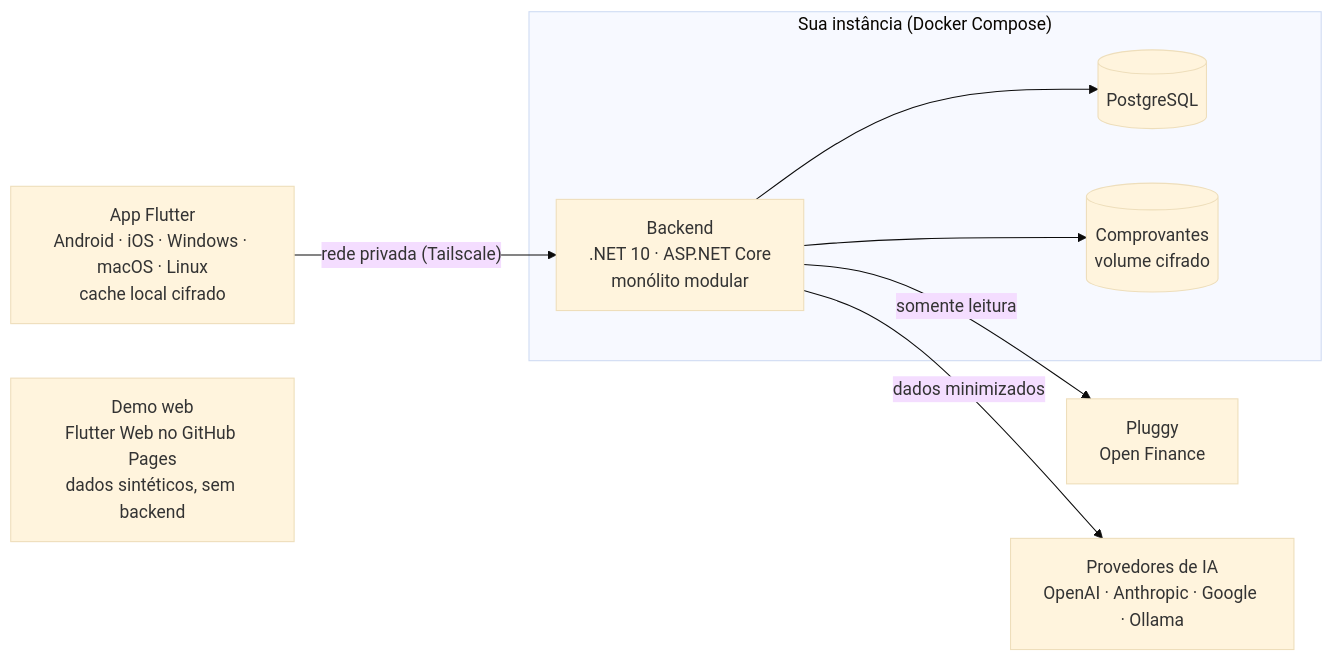
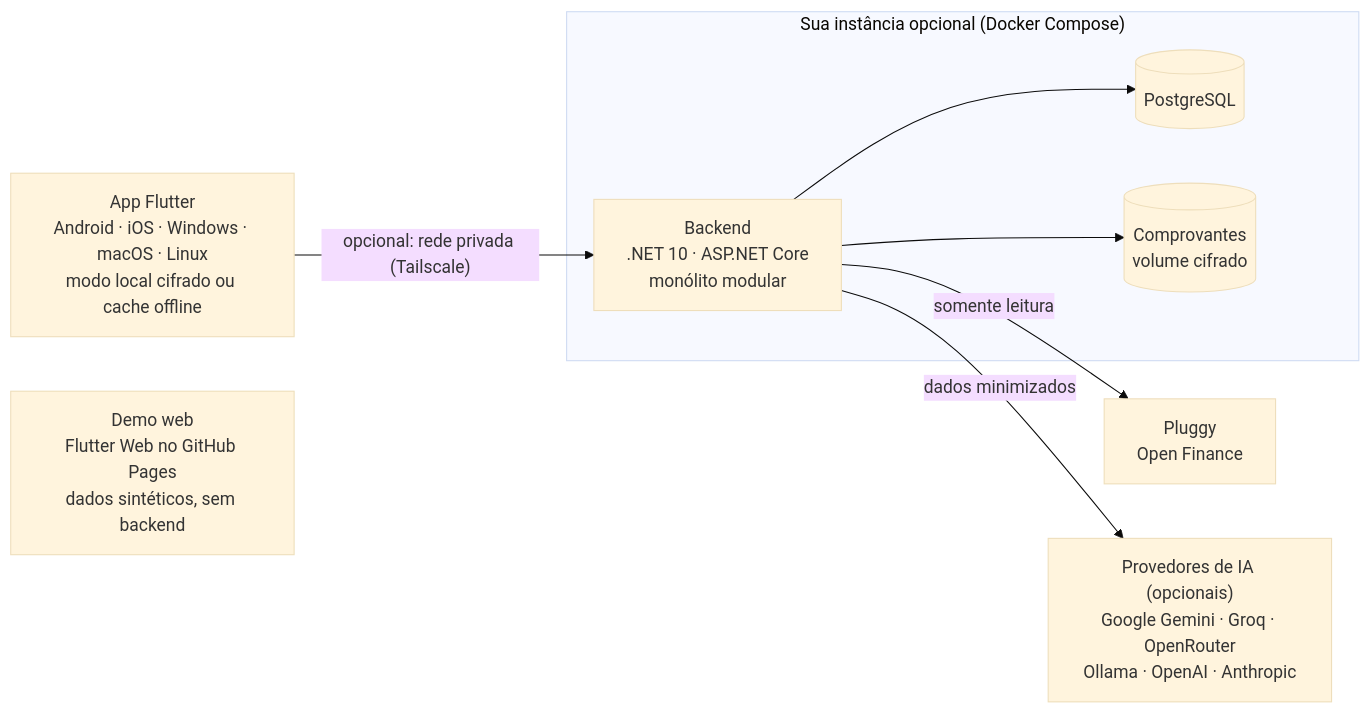
The diagram in README.md (igorgmassi/granapaca), drawn with Mermaid (base theme) before and after one commit. The commit also changed other lines of this file and 1 other file, not shown here.

First line of the commit message:
docs(readme): document local-only device mode and zero-cost AI options (#68)

````diff
--- a/README.md
+++ b/README.md
@@ -53,20 +70,20 @@
 ```mermaid
 flowchart LR
-  app["App Flutter<br/>Android · iOS · Windows · macOS · Linux<br/>cache local cifrado"]
+  app["App Flutter<br/>Android · iOS · Windows · macOS · Linux<br/>modo local cifrado ou cache offline"]
   demo["Demo web<br/>Flutter Web no GitHub Pages<br/>dados sintéticos, sem backend"]
 
-  subgraph instancia["Sua instância (Docker Compose)"]
+  subgraph instancia["Sua instância opcional (Docker Compose)"]
     api["Backend<br/>.NET 10 · ASP.NET Core<br/>monólito modular"]
     db[("PostgreSQL")]
     files[("Comprovantes<br/>volume cifrado")]
   end
 
   pluggy["Pluggy<br/>Open Finance"]
-  ia["Provedores de IA<br/>OpenAI · Anthropic · Google · Ollama"]
+  ia["Provedores de IA (opcionais)<br/>Google Gemini · Groq · OpenRouter<br/>Ollama · OpenAI · Anthropic"]
 
-  app -- "rede privada (Tailscale)" --> api
+  app -- "opcional: rede privada (Tailscale)" --> api
   api --> db
   api --> files
   api -- "somente leitura" --> pluggy
   api -- "dados minimizados" --> ia
 ```
````
